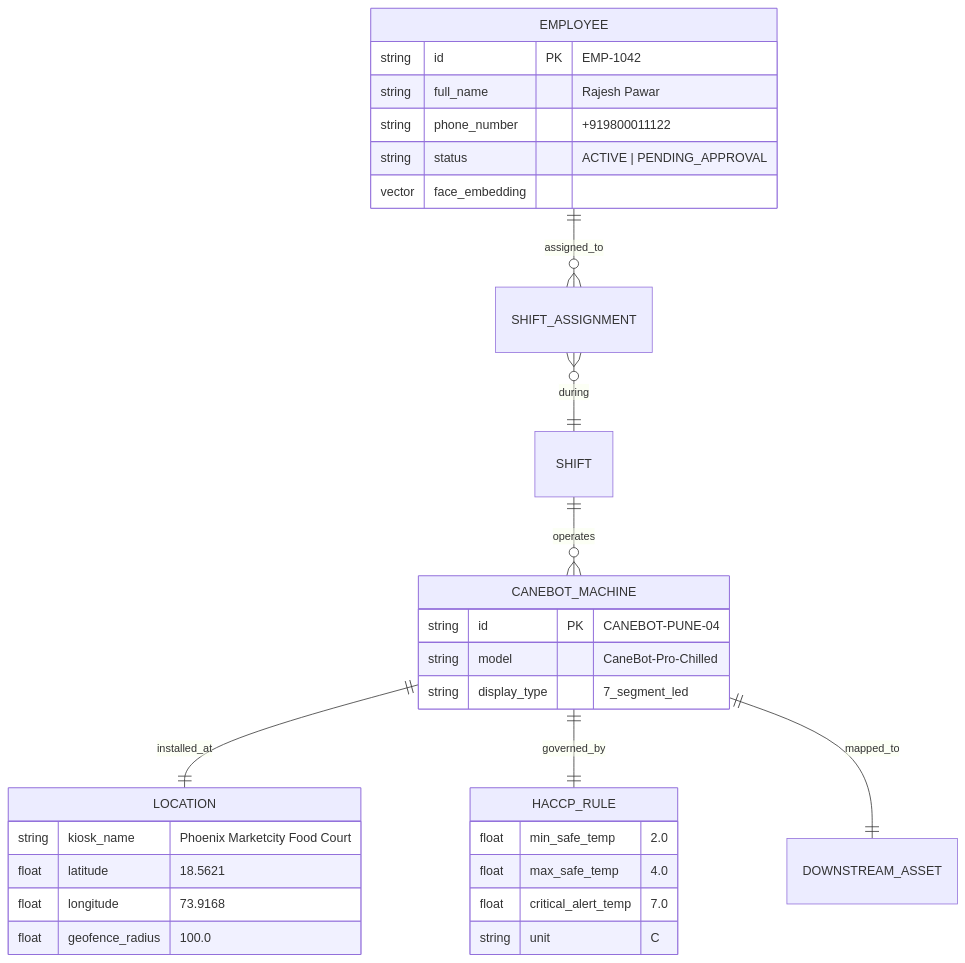
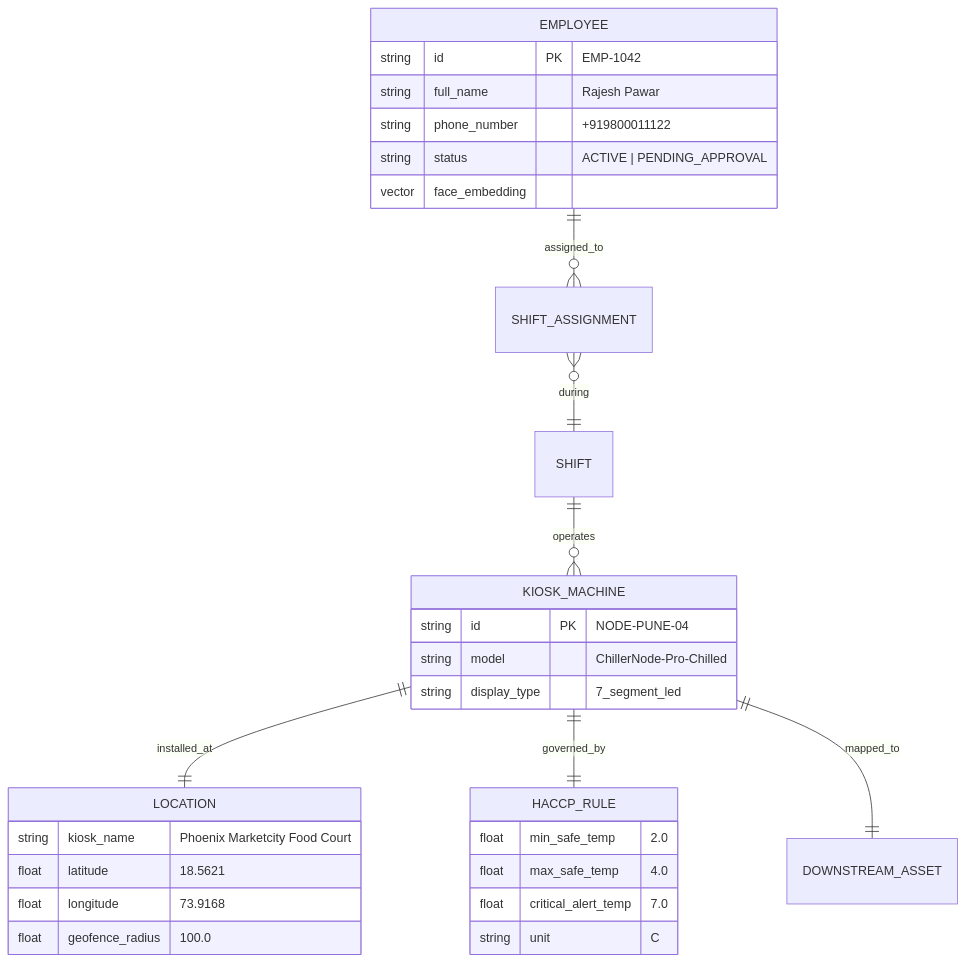
The third of 5 diagrams in plans/03_app_temperature_marker_v1.2.md (meetmahendra/Release100), drawn with Mermaid before and after one commit. The commit also changed other lines of this file and 41 other files, not shown here.

````diff
--- a/plans/03_app_temperature_marker_v1.2.md
+++ b/plans/03_app_temperature_marker_v1.2.md
@@ -156,34 +156,34 @@
 ```mermaid
 erDiagram
     EMPLOYEE ||--o{ SHIFT_ASSIGNMENT : assigned_to
     SHIFT_ASSIGNMENT }o--|| SHIFT : during
-    SHIFT ||--o{ CANEBOT_MACHINE : operates
-    CANEBOT_MACHINE ||--|| LOCATION : installed_at
-    CANEBOT_MACHINE ||--|| HACCP_RULE : governed_by
-    CANEBOT_MACHINE ||--|| DOWNSTREAM_ASSET : mapped_to
+    SHIFT ||--o{ KIOSK_MACHINE : operates
+    KIOSK_MACHINE ||--|| LOCATION : installed_at
+    KIOSK_MACHINE ||--|| HACCP_RULE : governed_by
+    KIOSK_MACHINE ||--|| DOWNSTREAM_ASSET : mapped_to
 
     EMPLOYEE {
         string id PK "EMP-1042"
         string full_name "Rajesh Pawar"
         string phone_number "+919800011122"
         string status "ACTIVE | PENDING_APPROVAL"
         vector face_embedding
     }
-    CANEBOT_MACHINE {
-        string id PK "CANEBOT-PUNE-04"
-        string model "CaneBot-Pro-Chilled"
+    KIOSK_MACHINE {
+        string id PK "NODE-PUNE-04"
+        string model "ChillerNode-Pro-Chilled"
         string display_type "7_segment_led"
     }
     LOCATION {
         string kiosk_name "Phoenix Marketcity Food Court"
         float latitude "18.5621"
         float longitude "73.9168"
         float geofence_radius "100.0"
     }
     HACCP_RULE {
         float min_safe_temp "2.0"
         float max_safe_temp "4.0"
         float critical_alert_temp "7.0"
         string unit "C"
     }
 ```
````
